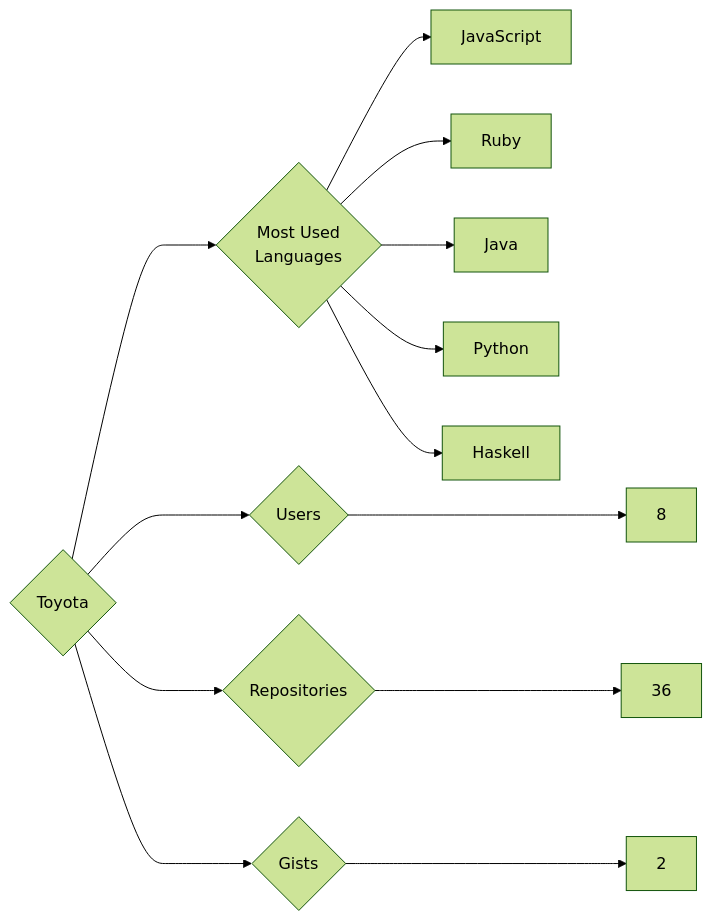
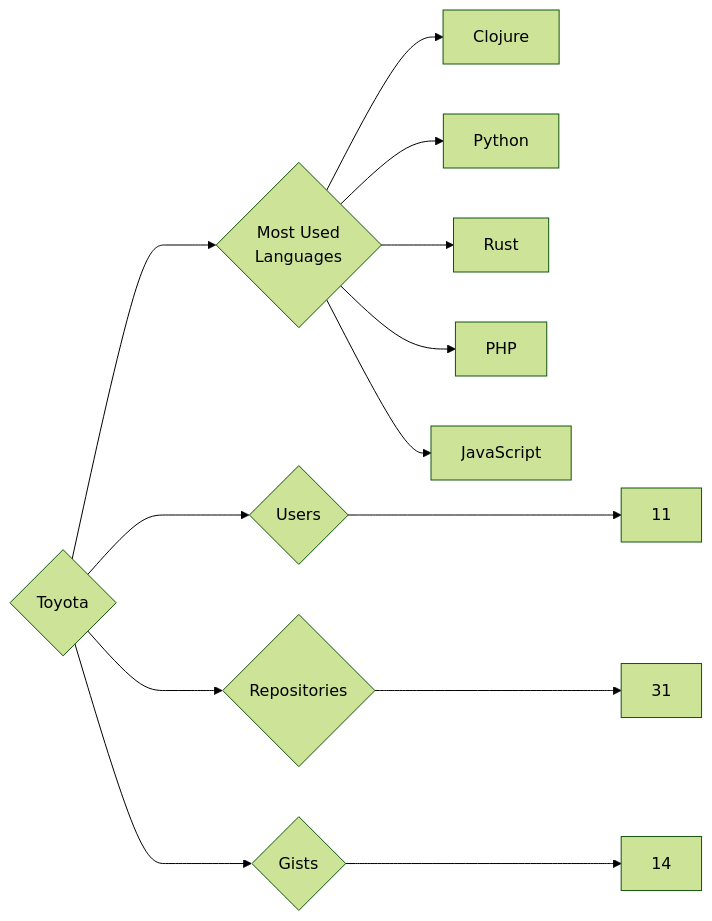
The diagram in targets/Toyota/README.md (trickest/insiders), drawn with Mermaid (forest theme) before and after one commit. The commit also changed 1508 other files, not shown here.

````diff
--- a/targets/Toyota/README.md
+++ b/targets/Toyota/README.md
@@ -3,13 +3,13 @@
 ```mermaid
 graph LR
 COMPANY_NAME{Toyota}
-COMPANY_NAME ---> U{Users} ---> UN[8]
-COMPANY_NAME ---> R{Repositories} ---> RN[36]
-COMPANY_NAME ---> G{Gists} ---> GN[2]
+COMPANY_NAME ---> U{Users} ---> UN[11]
+COMPANY_NAME ---> R{Repositories} ---> RN[31]
+COMPANY_NAME ---> G{Gists} ---> GN[14]
 COMPANY_NAME ---> ML{Most Used<br>Languages}
+ML --> Clojure[Clojure]
+ML --> Python[Python]
+ML --> Rust[Rust]
+ML --> PHP[PHP]
 ML --> JavaScript[JavaScript]
-ML --> Ruby[Ruby]
-ML --> Java[Java]
-ML --> Python[Python]
-ML --> Haskell[Haskell]
 ```
````
